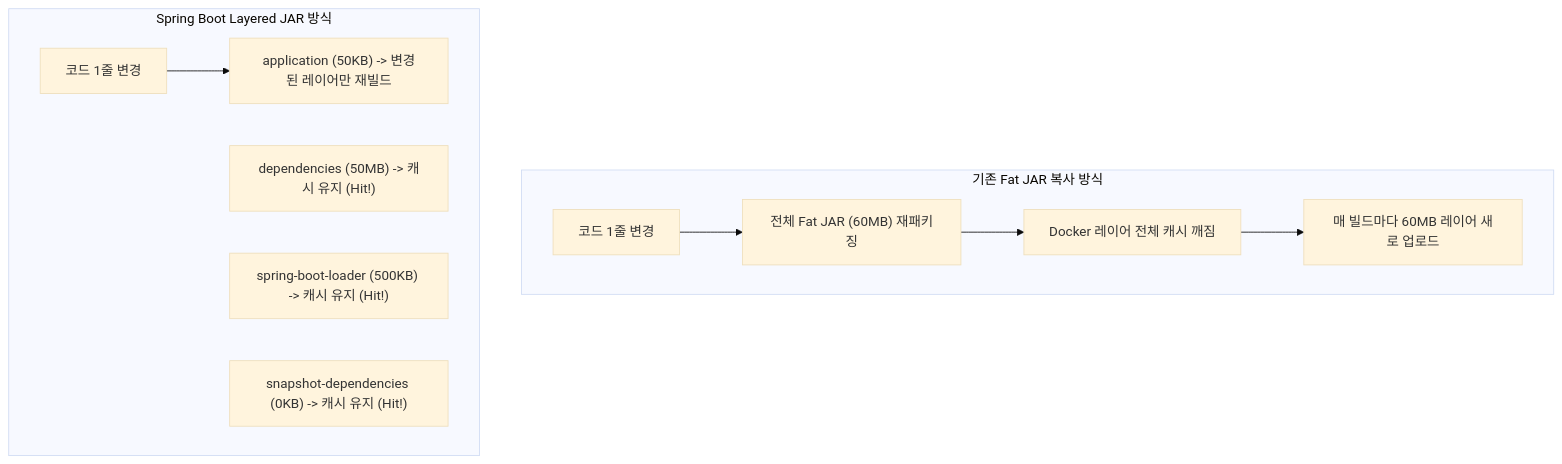
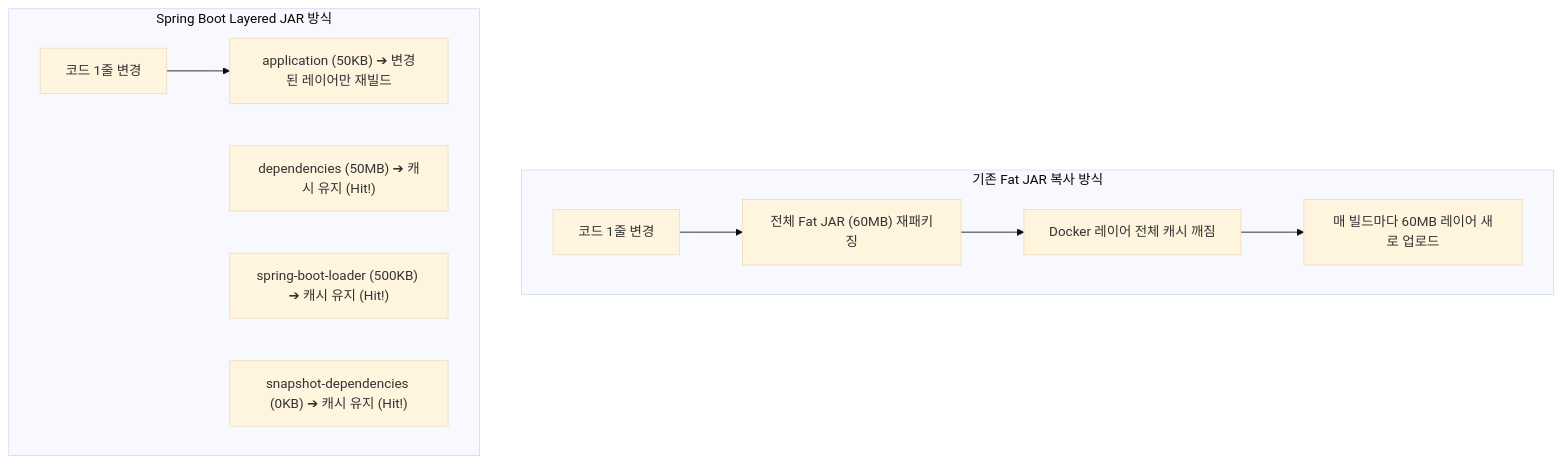
One commit to cmsong111/blog changed the second of 3 diagrams in _posts/Docker/Image/2026-06-01-docker-image-multistage-build.md. Above: the diagram before and after it, drawn with Mermaid (base theme). The commit also changed other lines of this file and 96 other files, not shown here.

````diff
--- a/_posts/Docker/Image/2026-06-01-docker-image-multistage-build.md
+++ b/_posts/Docker/Image/2026-06-01-docker-image-multistage-build.md
@@ -89,17 +88,16 @@
 ```mermaid
 flowchart TD
     subgraph FatJAR["기존 Fat JAR 복사 방식"]
         F1["코드 1줄 변경"] --> F2["전체 Fat JAR (60MB) 재패키징"]
         F2 --> F3["Docker 레이어 전체 캐시 깨짐"]
         F3 --> F4["매 빌드마다 60MB 레이어 새로 업로드"]
     end
-
     subgraph LayeredJAR["Spring Boot Layered JAR 방식"]
         L1["코드 1줄 변경"]
-        L2["dependencies (50MB) -> 캐시 유지 (Hit!)"]
-        L3["spring-boot-loader (500KB) -> 캐시 유지 (Hit!)"]
-        L4["snapshot-dependencies (0KB) -> 캐시 유지 (Hit!)"]
-        L5["application (50KB) -> 변경된 레이어만 재빌드"]
+        L2["dependencies (50MB) ➔ 캐시 유지 (Hit!)"]
+        L3["spring-boot-loader (500KB) ➔ 캐시 유지 (Hit!)"]
+        L4["snapshot-dependencies (0KB) ➔ 캐시 유지 (Hit!)"]
+        L5["application (50KB) ➔ 변경된 레이어만 재빌드"]
         L1 --> L5
     end
 ```
````
